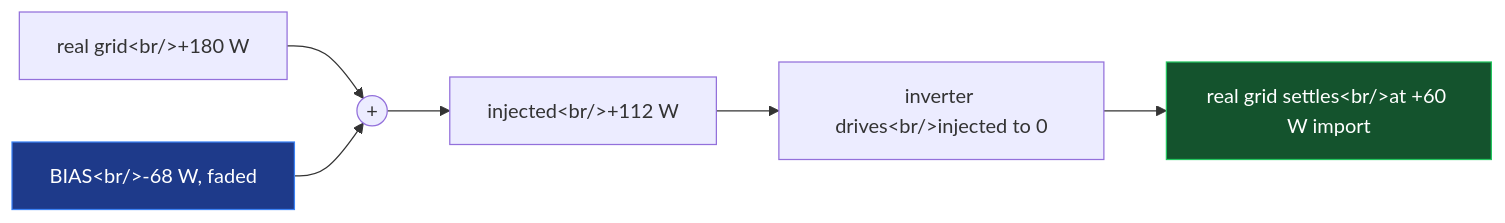
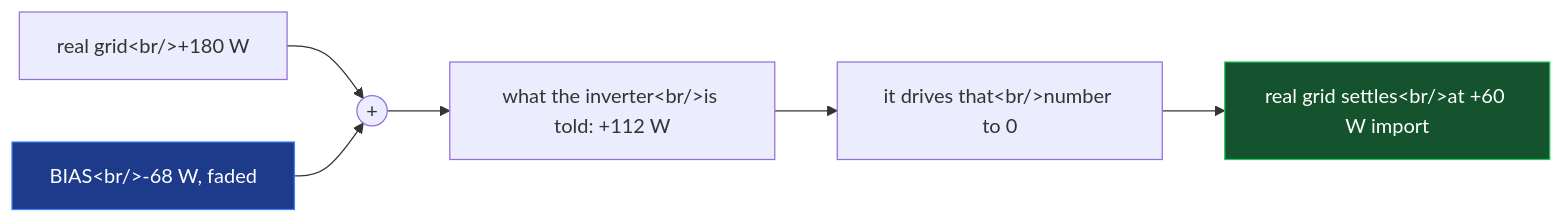
Before and after one commit to phoinixgrr/mastori: the ninth of 17 diagrams in content/posts/ecoflow-zero-export-ble-meter-injection/index.md, drawn with Mermaid. The commit also changed other lines of this file, not shown here.

```diff
--- a/content/posts/ecoflow-zero-export-ble-meter-injection/index.md
+++ b/content/posts/ecoflow-zero-export-ble-meter-injection/index.md
@@ -312,11 +321,11 @@
 {{< mermaid >}}
 flowchart LR
     T["real grid&lt;br/&gt;+180 W"] --> A(("+"))
     B["BIAS&lt;br/&gt;-68 W, faded"] --> A
-    A --> I["injected&lt;br/&gt;+112 W"]
-    I --> R["inverter drives&lt;br/&gt;injected to 0"]
+    A --> I["what the inverter&lt;br/&gt;is told: +112 W"]
+    I --> R["it drives that&lt;br/&gt;number to 0"]
     R --> S["real grid settles&lt;br/&gt;at +60 W import"]
 
     style B fill:#1e3a8a,stroke:#3b82f6,color:#fff
     style S fill:#14532d,stroke:#22c55e,color:#fff
 {{< /mermaid >}}
```
